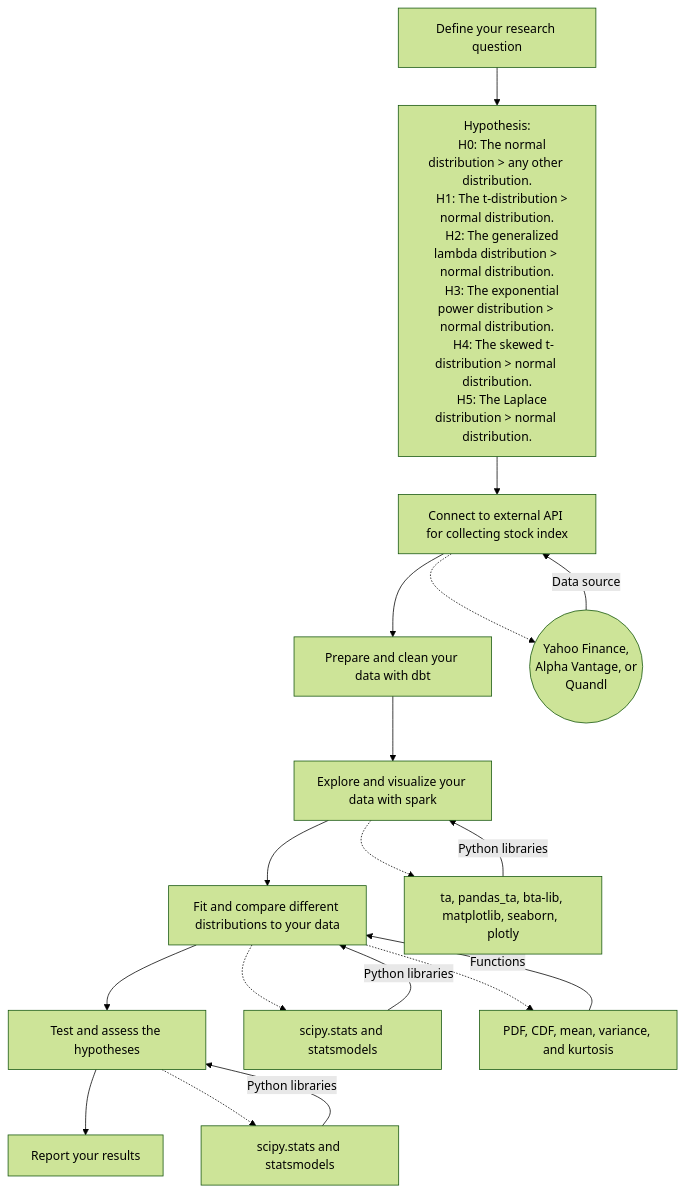
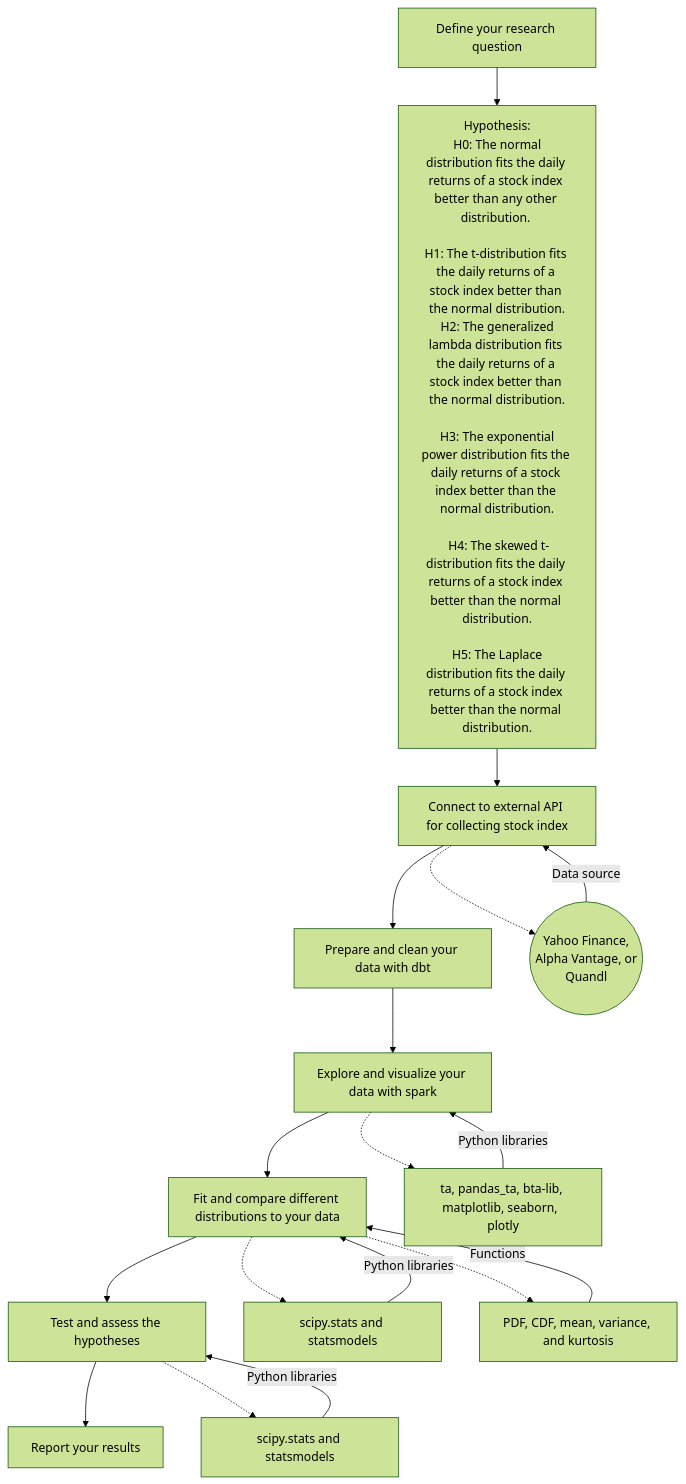
The diagram in StockIndex/README.md (RalucaN/MLBitsAndPieces), drawn with Mermaid (forest theme) before and after one commit. The commit also changed other lines of this file, not shown here.

````diff
--- a/StockIndex/README.md
+++ b/StockIndex/README.md
@@ -33,29 +37,20 @@
 ```mermaid
 graph TB
-    A[Define your research question] --> B[Hypothesis:
-    H0: The normal distribution > any other distribution.
-    H1: The t-distribution > normal distribution.
-    H2: The generalized lambda distribution > normal distribution.
-    H3: The exponential power distribution > normal distribution.
-    H4: The skewed t-distribution > normal distribution.
-    H5: The Laplace distribution > normal distribution.
-    ]
+    A[Define your research question] --> B["Hypothesis:<br> H0: The normal distribution fits the daily returns of a stock index better than any other distribution. <br><br>H1: The t-distribution fits the daily returns of a stock index better than the normal distribution.<br> H2: The generalized lambda distribution fits the daily returns of a stock index better than the normal distribution.<br><br> H3: The exponential power distribution fits the daily returns of a stock index better than the normal distribution.<br><br> H4: The skewed t-distribution fits the daily returns of a stock index better than the normal distribution.<br><br> H5: The Laplace distribution fits the daily returns of a stock index better than the normal distribution."]
     B --> C[Connect to external API for collecting stock index]
     C --> D[Prepare and clean your data with dbt]
     D --> E[Explore and visualize your data with spark]
     E --> F[Fit and compare different distributions to your data]
     F --> G[Test and assess the hypotheses]
     G --> H[Report your results]
-    C -.-> I((Yahoo Finance, 
-    Alpha Vantage, or 
-    Quandl))
+    C -.-> I(("Yahoo Finance, <br> Alpha Vantage, or <br> Quandl"))
     E -.-> J[ta, pandas_ta, bta-lib, matplotlib, seaborn,  plotly]
     F -.-> K[scipy.stats and statsmodels]
     F -.-> L[PDF, CDF, mean, variance, and kurtosis]
     G -.-> M[scipy.stats and statsmodels]
     I -- Data source --> C
     J -- Python libraries --> E
     K -- Python libraries --> F
     L -- Functions --> F
     M -- Python libraries --> G
 ```
````
